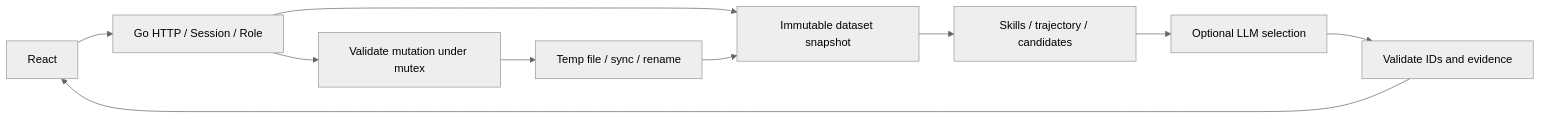
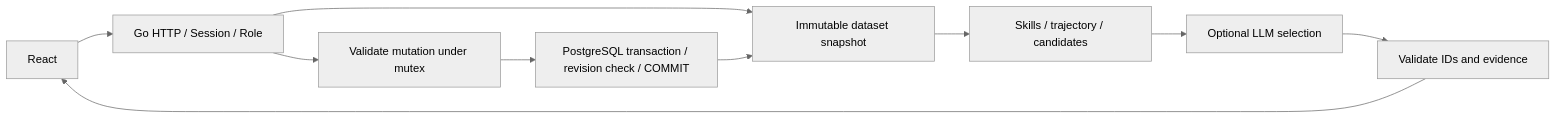
One commit to BAITC-Hacks/hack-4a947dc4-radivaiba changed the diagram in docs/ARCHITECTURE.md. Above: the diagram before and after it, drawn with Mermaid (neutral theme). The commit also changed other lines of this file and 22 other files, not shown here.

Commit message:
Add PostgreSQL persistence with migrations and transactional imports

````diff
--- a/docs/ARCHITECTURE.md
+++ b/docs/ARCHITECTURE.md
@@ -3,12 +3,12 @@
 ```mermaid
 flowchart LR
   UI[React] --> HTTP[Go HTTP / Session / Role]
   HTTP --> STORE[Immutable dataset snapshot]
   STORE --> ENGINE[Skills / trajectory / candidates]
   ENGINE --> LLM[Optional LLM selection]
   LLM --> CHECK[Validate IDs and evidence]
   CHECK --> UI
   HTTP --> WRITE[Validate mutation under mutex]
-  WRITE --> DISK[Temp file / sync / rename]
-  DISK --> STORE
+  WRITE --> DB[PostgreSQL transaction / revision check / COMMIT]
+  DB --> STORE
 ```
````
